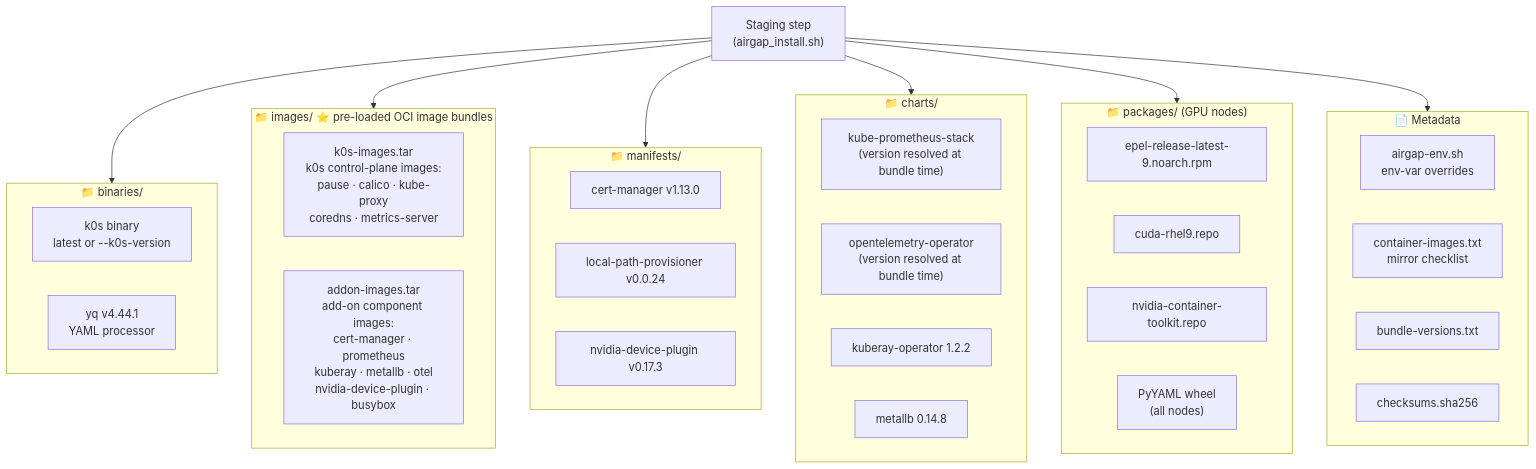
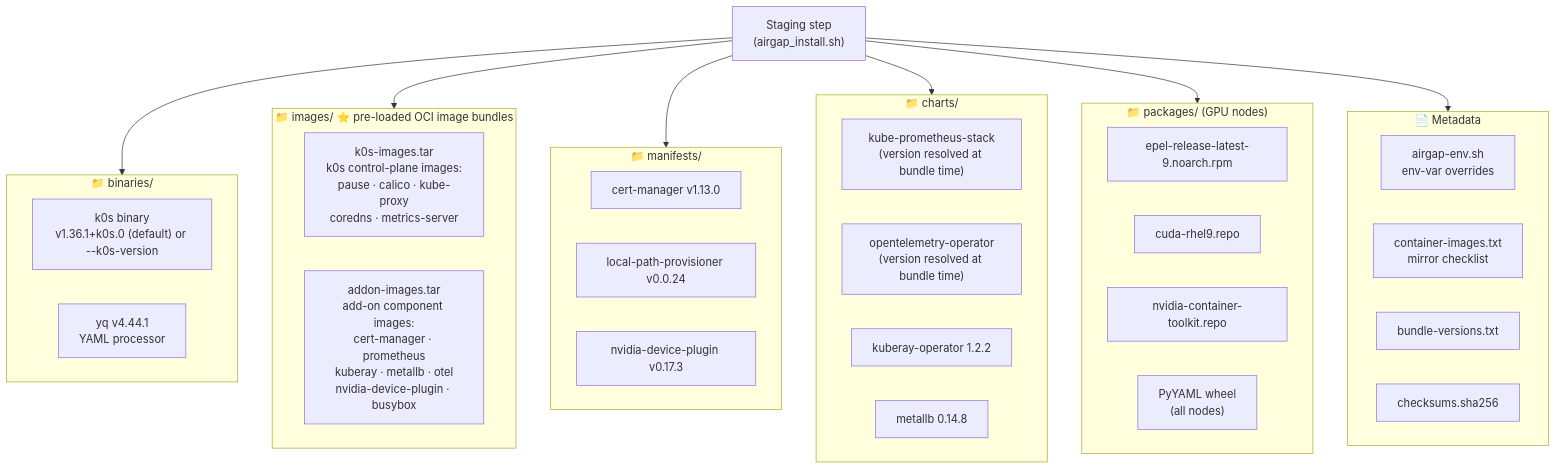
One commit to splunk/splunk-ai-operator changed the sixth of 11 diagrams in tools/cluster_setup/DEPLOYMENT_GUIDE.md. Above: the diagram before and after it, drawn with Mermaid. The commit also changed 3 other files, not shown here.

````diff
--- a/tools/cluster_setup/DEPLOYMENT_GUIDE.md
+++ b/tools/cluster_setup/DEPLOYMENT_GUIDE.md
@@ -502,43 +502,43 @@
 ```mermaid
 graph TD
     SCRIPT["Staging step\n(airgap_install.sh)"]
 
     subgraph BIN["📁 binaries/"]
-        K0S["k0s binary\nlatest or --k0s-version"]
+        K0S["k0s binary\nv1.36.1+k0s.0 (default) or --k0s-version"]
         YQ["yq v4.44.1\nYAML processor"]
     end
 
     subgraph IMG["📁 images/  ⭐ pre-loaded OCI image bundles"]
         K0SIMG["k0s-images.tar\nk0s control-plane images:\npause · calico · kube-proxy\ncoredns · metrics-server"]
         ADDIMG["addon-images.tar\nadd-on component images:\ncert-manager · prometheus\nkuberay · metallb · otel\nnvidia-device-plugin · busybox"]
     end
 
     subgraph MAN["📁 manifests/"]
         CERT["cert-manager v1.13.0"]
         LP["local-path-provisioner v0.0.24"]
         NDP["nvidia-device-plugin v0.17.3"]
     end
 
     subgraph CHARTS["📁 charts/"]
         PROM["kube-prometheus-stack\n(version resolved at bundle time)"]
         OTEL["opentelemetry-operator\n(version resolved at bundle time)"]
         KUBERAY["kuberay-operator 1.2.2"]
         METALLB["metallb 0.14.8"]
     end
 
     subgraph PKGS["📁 packages/  (GPU nodes)"]
         EPEL["epel-release-latest-9.noarch.rpm"]
         CUDA["cuda-rhel9.repo"]
         CTK["nvidia-container-toolkit.repo"]
         PYYAML["PyYAML wheel\n(all nodes)"]
     end
 
     subgraph META["📄 Metadata"]
         ENV["airgap-env.sh\nenv-var overrides"]
         IMGS["container-images.txt\nmirror checklist"]
         VERS["bundle-versions.txt"]
         SUMS["checksums.sha256"]
     end
 
     SCRIPT --> BIN & IMG & MAN & CHARTS & PKGS & META
 ```
````
